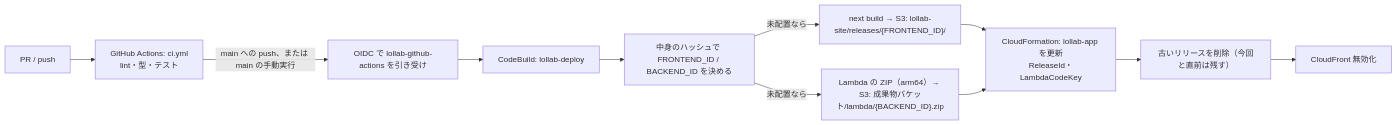
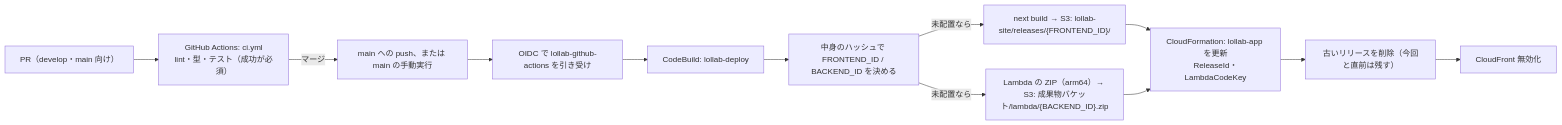
Before and after one commit to clone701/lollab: the second of 2 diagrams in docs/architecture.md, drawn with Mermaid. The commit also changed other lines of this file and 1 other file, not shown here.

Commit message:
ci: 検査は PR だけで行い、main への push ではデプロイだけを行う

````diff
--- a/docs/architecture.md
+++ b/docs/architecture.md
@@ -71,13 +71,14 @@
 ```mermaid
 graph LR
-    Dev["PR / push"] --> GHA["GitHub Actions: ci.yml<br/>lint・型・テスト"]
-    GHA -->|"main への push、または main の手動実行"| Assume["OIDC で lollab-github-actions を引き受け"]
+    PR["PR（develop・main 向け）"] --> GHA["GitHub Actions: ci.yml<br/>lint・型・テスト（成功が必須）"]
+    GHA -->|マージ| Main["main への push、または main の手動実行"]
+    Main --> Assume["OIDC で lollab-github-actions を引き受け"]
     Assume --> CB["CodeBuild: lollab-deploy"]
     CB --> Ids["中身のハッシュで FRONTEND_ID / BACKEND_ID を決める"]
     Ids -->|未配置なら| B1["next build → S3: lollab-site/releases/{FRONTEND_ID}/"]
     Ids -->|未配置なら| B2["Lambda の ZIP（arm64）→ S3: 成果物バケット/lambda/{BACKEND_ID}.zip"]
     B1 --> CFN["CloudFormation: lollab-app を更新<br/>ReleaseId・LambdaCodeKey"]
     B2 --> CFN
     CFN --> Clean["古いリリースを削除（今回と直前は残す）"]
     Clean --> Inv["CloudFront 無効化"]
 ```
````
